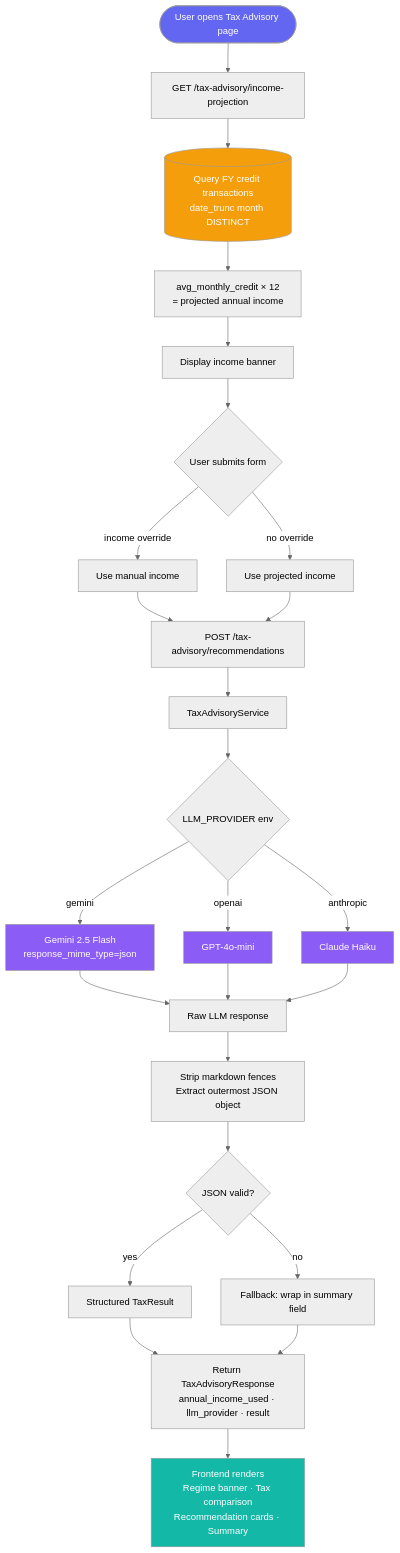
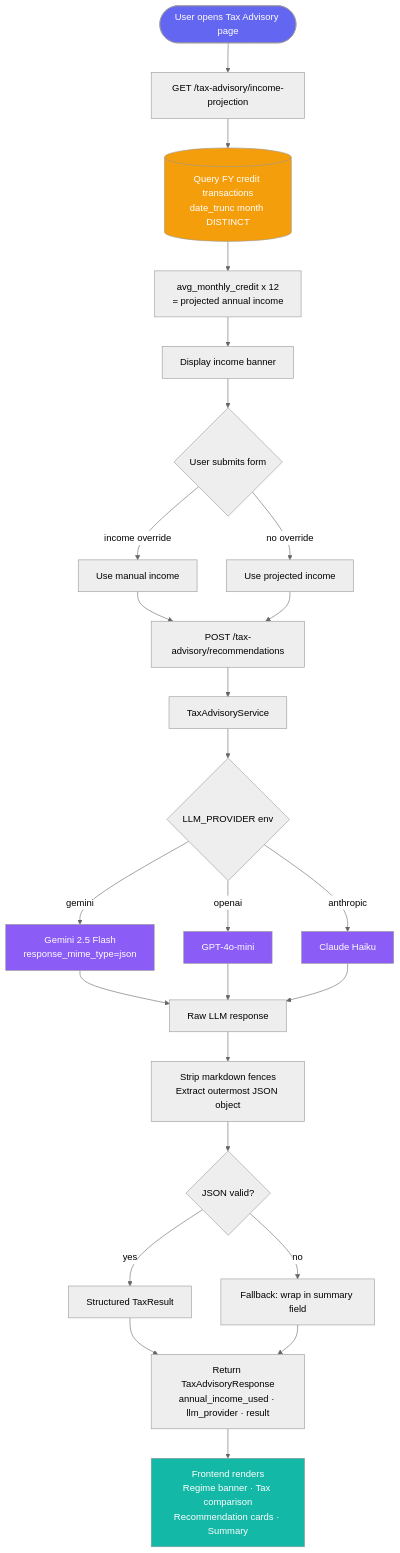
One commit to ragavendran-r/finance-saas changed the fourth of 5 diagrams in docs/architecture.md. Above: the diagram before and after it, drawn with Mermaid (neutral theme). The commit also changed other lines of this file, not shown here.

First line of the commit message:
fix: replace \n with <br/> in all Mermaid flowchart node labels

````diff
--- a/docs/architecture.md
+++ b/docs/architecture.md
@@ -274,42 +274,42 @@
 ```mermaid
 flowchart TD
     A([User opens Tax Advisory page]) --> B[GET /tax-advisory/income-projection]
-    B --> C[(Query FY credit transactions\ndate_trunc month DISTINCT)]
-    C --> D[avg_monthly_credit × 12\n= projected annual income]
+    B --> C[(Query FY credit transactions<br/>date_trunc month DISTINCT)]
+    C --> D[avg_monthly_credit x 12<br/>= projected annual income]
     D --> E[Display income banner]
 
     E --> F{User submits form}
     F -->|income override| G[Use manual income]
     F -->|no override| H[Use projected income]
 
     G --> I[POST /tax-advisory/recommendations]
     H --> I
 
     I --> J[TaxAdvisoryService]
     J --> K{LLM_PROVIDER env}
 
-    K -->|gemini| L1[Gemini 2.5 Flash\nresponse_mime_type=json]
+    K -->|gemini| L1[Gemini 2.5 Flash<br/>response_mime_type=json]
     K -->|openai| L2[GPT-4o-mini]
     K -->|anthropic| L3[Claude Haiku]
 
     L1 --> M[Raw LLM response]
     L2 --> M
     L3 --> M
 
-    M --> N[Strip markdown fences\nExtract outermost JSON object]
+    M --> N[Strip markdown fences<br/>Extract outermost JSON object]
     N --> O{JSON valid?}
     O -->|yes| P[Structured TaxResult]
     O -->|no| Q[Fallback: wrap in summary field]
 
-    P --> R[Return TaxAdvisoryResponse\nannual_income_used · llm_provider · result]
+    P --> R[Return TaxAdvisoryResponse<br/>annual_income_used · llm_provider · result]
     Q --> R
 
-    R --> S[Frontend renders\nRegime banner · Tax comparison\nRecommendation cards · Summary]
+    R --> S[Frontend renders<br/>Regime banner · Tax comparison<br/>Recommendation cards · Summary]
 
     style A fill:#6366f1,color:#fff
     style S fill:#14b8a6,color:#fff
     style L1 fill:#8b5cf6,color:#fff
     style L2 fill:#8b5cf6,color:#fff
     style L3 fill:#8b5cf6,color:#fff
     style C fill:#f59e0b,color:#fff
 ```
````
